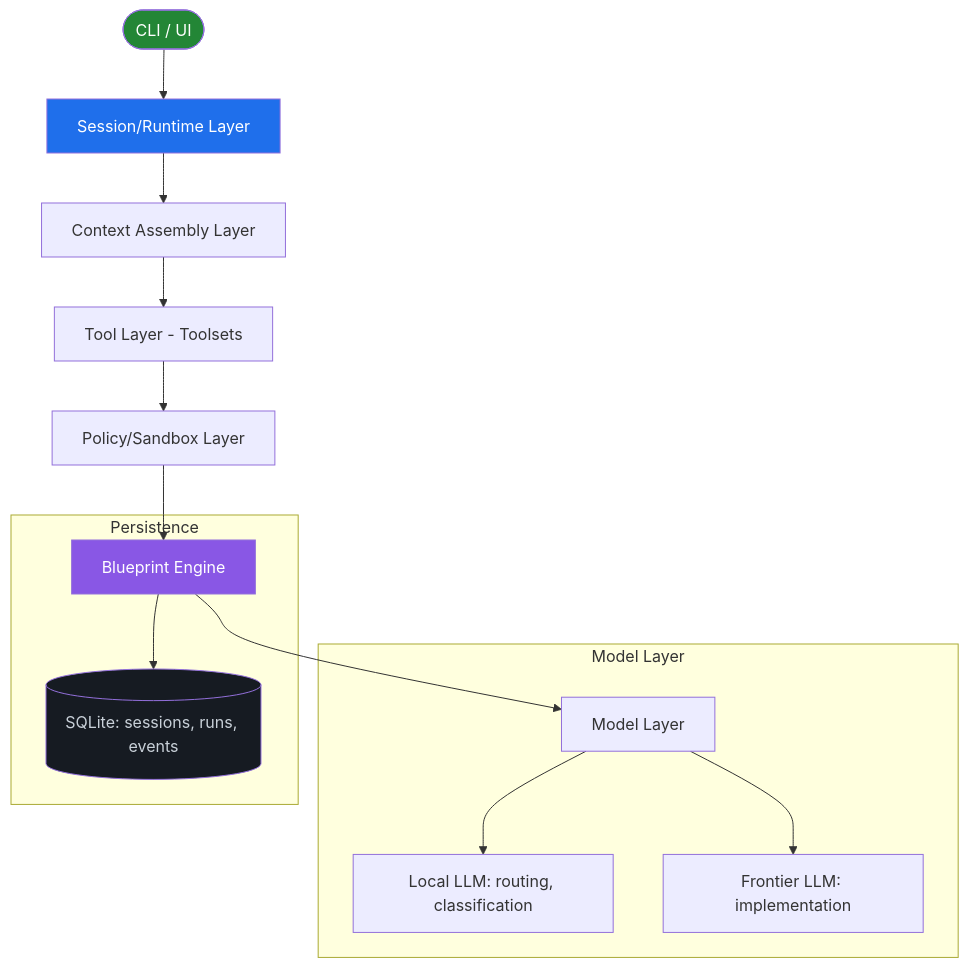
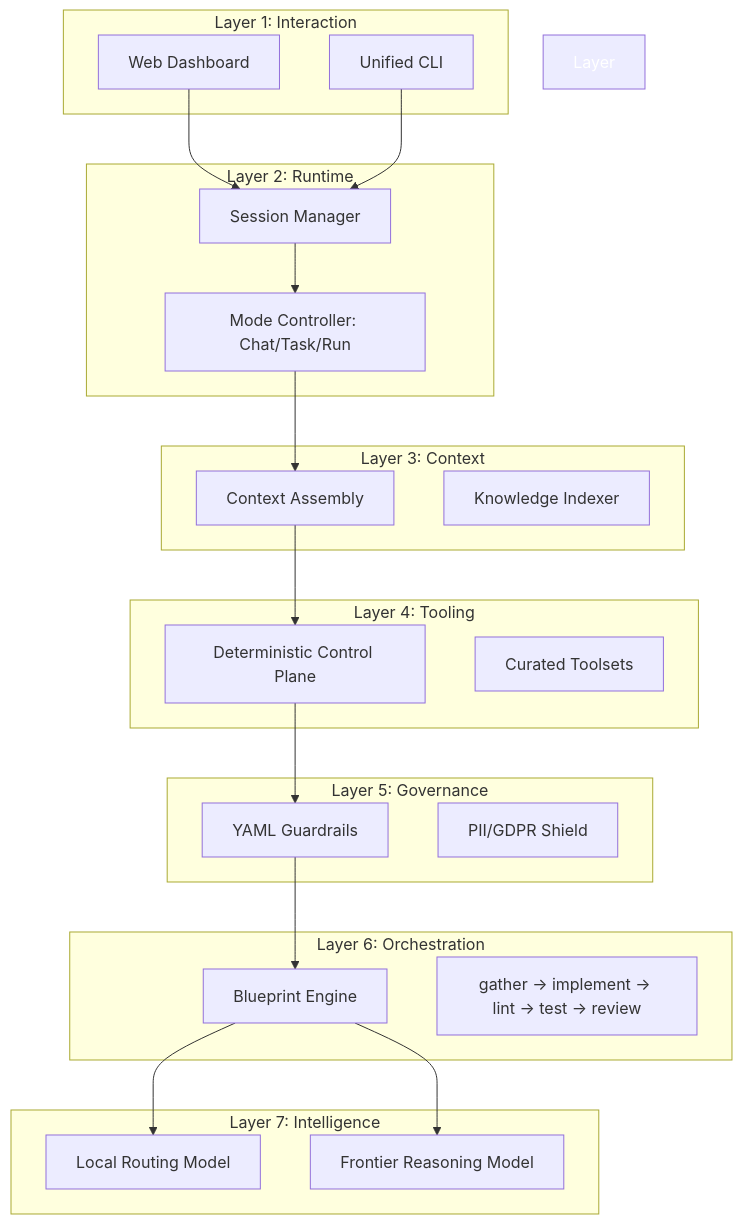
Before and after one commit to openexec/openexec: the first of 2 diagrams in README.md, drawn with Mermaid. The commit also changed other lines of this file, not shown here.

Commit message:
docs: align README with current architecture and implementation

````diff
--- a/README.md
+++ b/README.md
@@ -82,23 +61,49 @@
 ```mermaid
 graph TD
-    User([CLI / UI]) --> Session[Session/Runtime Layer]
-    Session --> Context[Context Assembly Layer]
-    Context --> Tools[Tool Layer - Toolsets]
-    Tools --> Policy[Policy/Sandbox Layer]
-    Policy --> Blueprint[Blueprint Engine]
-    Blueprint --> Models[Model Layer]
-
-    subgraph "Model Layer"
-        Models --> Local[Local LLM: routing, classification]
-        Models --> Frontier[Frontier LLM: implementation]
+    subgraph Layer 1: Interaction
+        UI[Web Dashboard]
+        CLI[Unified CLI]
     end
 
-    subgraph "Persistence"
-        Blueprint --> DB[(SQLite: sessions, runs, events)]
+    subgraph Layer 2: Runtime
+        Session[Session Manager]
+        Mode[Mode Controller: Chat/Task/Run]
     end
 
-    style User fill:#238636,color:#fff
-    style Session fill:#1f6feb,color:#fff
-    style Blueprint fill:#8957e5,color:#fff
-    style DB fill:#161b22,color:#c9d1d9
+    subgraph Layer 3: Context
+        Assembly[Context Assembly]
+        Index[Knowledge Indexer]
+    end
+
+    subgraph Layer 4: Tooling
+        DCP[Deterministic Control Plane]
+        Toolsets[Curated Toolsets]
+    end
+
+    subgraph Layer 5: Governance
+        Policy[YAML Guardrails]
+        PII[PII/GDPR Shield]
+    end
+
+    subgraph Layer 6: Orchestration
+        Engine[Blueprint Engine]
+        Flow[gather → implement → lint → test → review]
+    end
+
+    subgraph Layer 7: Intelligence
+        Local[Local Routing Model]
+        Frontier[Frontier Reasoning Model]
+    end
+
+    UI & CLI --> Session
+    Session --> Mode
+    Mode --> Assembly
+    Assembly --> DCP
+    DCP --> Policy
+    Policy --> Engine
+    Engine --> Local & Frontier
+
+    style Layer 6: Orchestration fill:#8957e5,color:#fff
+    style Layer 5: Governance fill:#238636,color:#fff
+    style Layer 4: Tooling fill:#1f6feb,color:#fff
 ```
````
